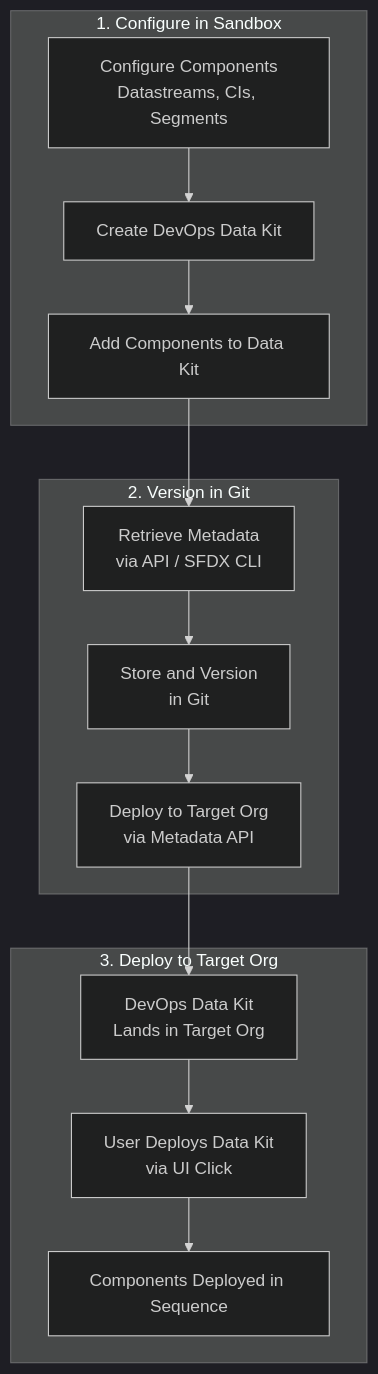
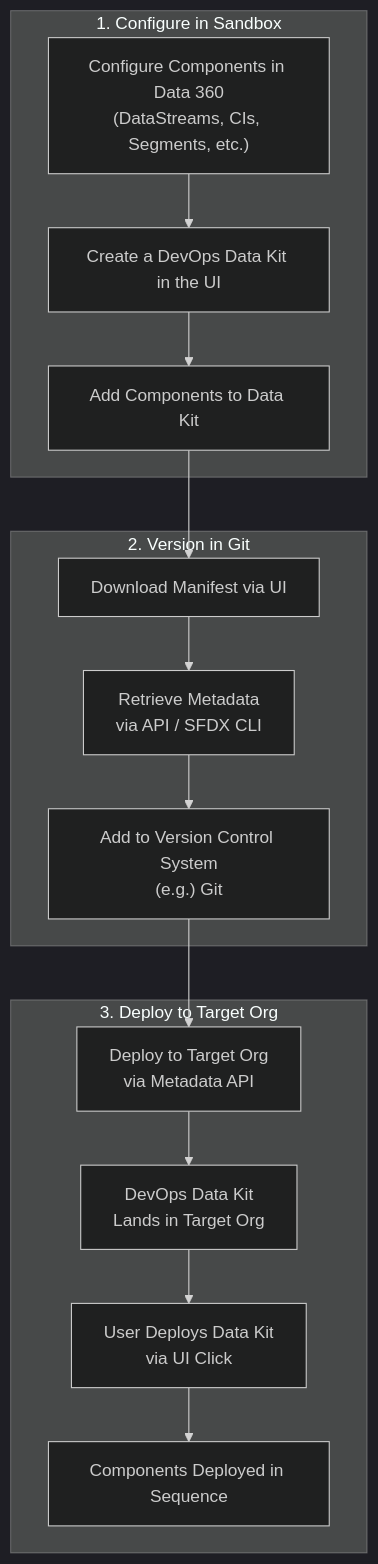
The first of 2 diagrams in src/content/blog/managing-environment-strategy-and-devops-for-data-360.mdx (hipoliciak/modrzejewski_it_website), drawn with Mermaid (dark theme) before and after one commit. The commit also changed other lines of this file, not shown here.

Commit message:
Corrections in the Mermaid diagram

````diff
--- a/src/content/blog/managing-environment-strategy-and-devops-for-data-360.mdx
+++ b/src/content/blog/managing-environment-strategy-and-devops-for-data-360.mdx
@@ -79,26 +79,27 @@
 ```mermaid
 flowchart TB
     subgraph SandboxOrg [1. Configure in Sandbox]
-        A["Configure Components<br/>Datastreams, CIs, Segments"]
-        B["Create DevOps Data Kit"]
+        A["Configure Components in Data 360<br/>(DataStreams, CIs, Segments, etc.)"]
+        B["Create a DevOps Data Kit in the UI"]
         C["Add Components to Data Kit"]
         A --> B --> C
     end
 
     subgraph SourceControl [2. Version in Git]
-        D["Retrieve Metadata<br/>via API / SFDX CLI"]
-        E["Store and Version<br/>in Git"]
-        F["Deploy to Target Org<br/>via Metadata API"]
+        D["Download Manifest via UI"]
+        E["Retrieve Metadata<br/>via API / SFDX CLI"]
+        F["Add to Version Control System<br/>(e.g.) Git"]
         D --> E --> F
     end
 
     subgraph TargetOrg [3. Deploy to Target Org]
-        G["DevOps Data Kit<br/>Lands in Target Org"]
-        H["User Deploys Data Kit<br/>via UI Click"]
-        I["Components Deployed in Sequence"]
-        G --> H --> I
+        G["Deploy to Target Org<br/>via Metadata API"]
+        H["DevOps Data Kit<br/>Lands in Target Org"]
+        I["User Deploys Data Kit<br/>via UI Click"]
+        J["Components Deployed in Sequence"]
+        G --> H --> I --> J
     end
 
     C --> D
     F --> G
 ```
````
